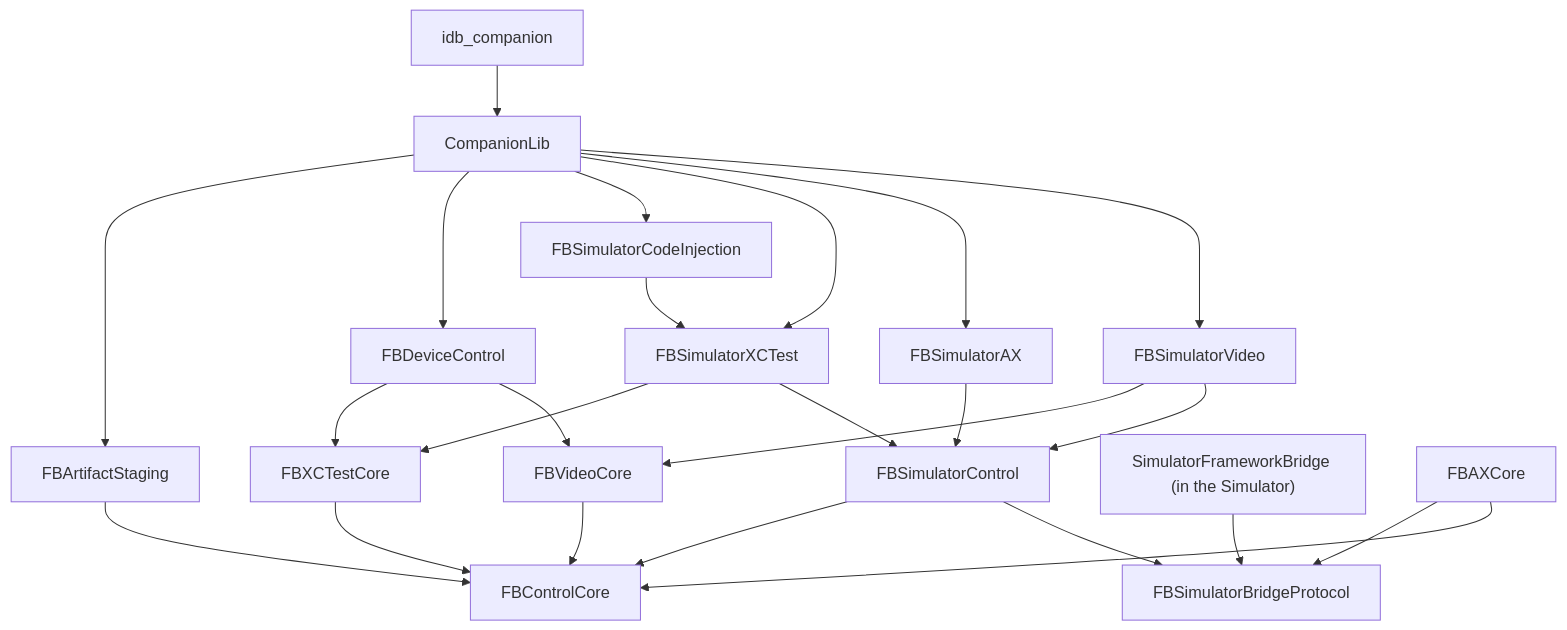
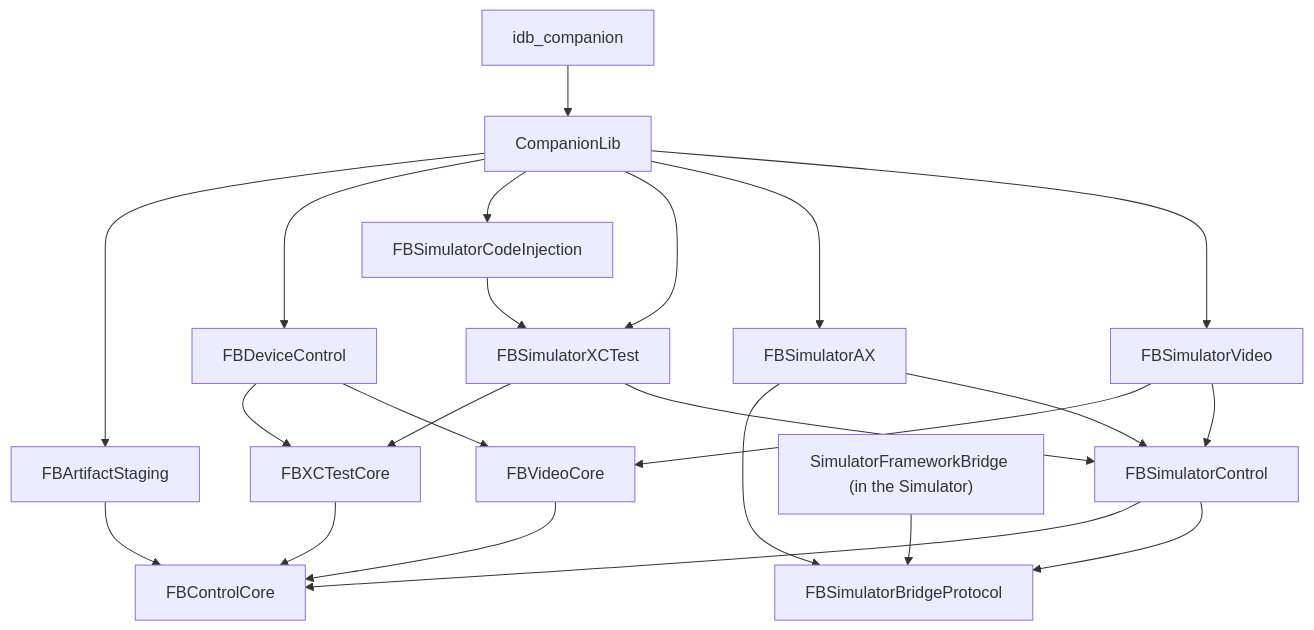
Before and after one commit to facebook/idb: the second of 2 diagrams in website/docs/idb/architecture.mdx, drawn with Mermaid. The commit also changed other lines of this file and 67 other files, not shown here.

First line of the commit message:
Fold FBAXCore into FBSimulatorAX

````diff
--- a/website/docs/idb/architecture.mdx
+++ b/website/docs/idb/architecture.mdx
@@ -81,26 +81,25 @@
 ```mermaid
 flowchart TD
     companion["idb_companion"] --> CompanionLib
     CompanionLib --> FBSimulatorVideo
     CompanionLib --> FBSimulatorAX
     CompanionLib --> FBSimulatorXCTest
     CompanionLib --> FBSimulatorCodeInjection
     CompanionLib --> FBDeviceControl
     CompanionLib --> FBArtifactStaging
     FBSimulatorVideo --> FBSimulatorControl
     FBSimulatorVideo --> FBVideoCore
     FBSimulatorAX --> FBSimulatorControl
+    FBSimulatorAX --> FBSimulatorBridgeProtocol
     FBSimulatorXCTest --> FBSimulatorControl
     FBSimulatorXCTest --> FBXCTestCore
     FBSimulatorCodeInjection --> FBSimulatorXCTest
     FBSimulatorControl --> FBSimulatorBridgeProtocol
     guest["SimulatorFrameworkBridge (in the Simulator)"] --> FBSimulatorBridgeProtocol
     FBDeviceControl --> FBVideoCore
     FBDeviceControl --> FBXCTestCore
     FBVideoCore --> FBControlCore
-    FBAXCore --> FBControlCore
-    FBAXCore --> FBSimulatorBridgeProtocol
     FBXCTestCore --> FBControlCore
     FBArtifactStaging --> FBControlCore
     FBSimulatorControl --> FBControlCore
 ```
````
